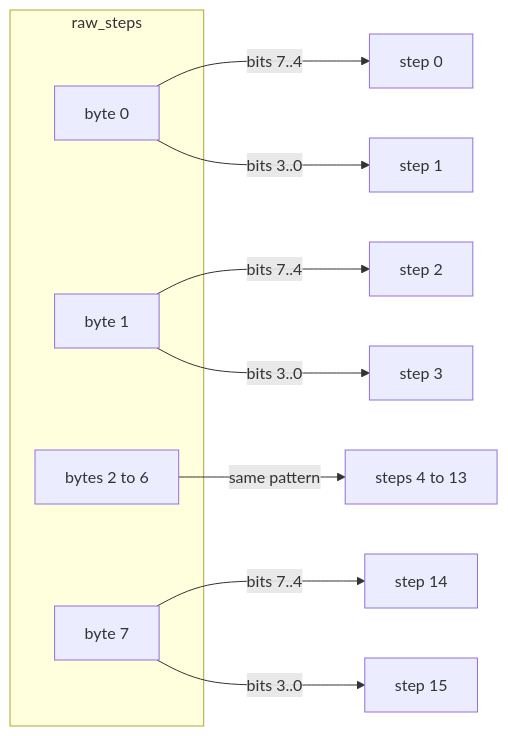
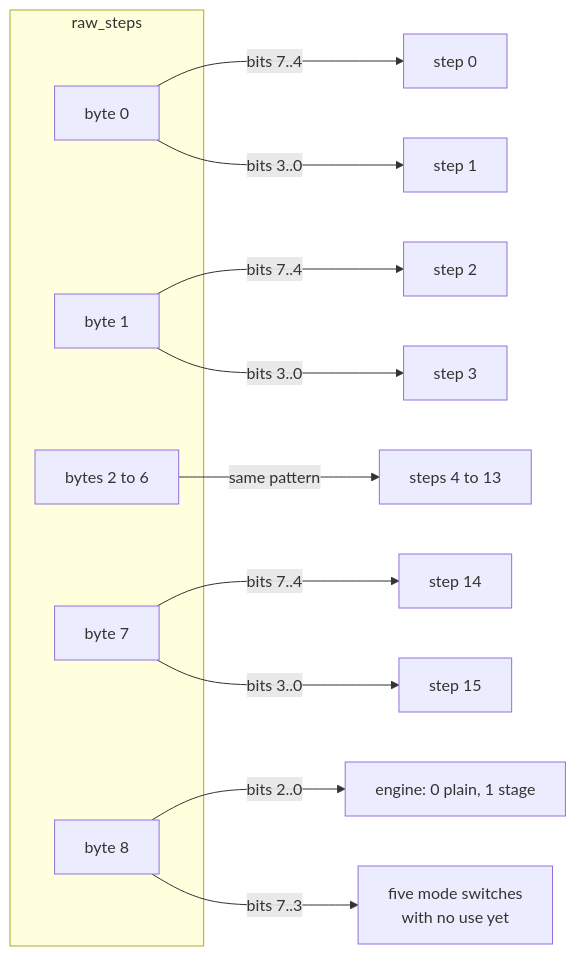
One commit to BonelessPig/nano_sequencer changed diagram 14 of 27 in docs/ARCHITECTURE.md. Above: the diagram before and after it, drawn with Mermaid. The commit also changed other lines of this file and 35 other files, not shown here.

First line of the commit message:
Phase 7, first piece: mode switches, a choice of engine, and the stage engine

````diff
--- a/docs/ARCHITECTURE.md
+++ b/docs/ARCHITECTURE.md
@@ -590,16 +638,19 @@
 ```mermaid
 flowchart LR
     subgraph raw["raw_steps"]
         b0["byte 0"]
         b1["byte 1"]
         bn["bytes 2 to 6"]
         b7["byte 7"]
+        b8["byte 8"]
     end
     b0 -->|"bits 7..4"| s0["step 0"]
     b0 -->|"bits 3..0"| s1["step 1"]
     b1 -->|"bits 7..4"| s2["step 2"]
     b1 -->|"bits 3..0"| s3["step 3"]
     bn -->|"same pattern"| sn["steps 4 to 13"]
     b7 -->|"bits 7..4"| s14["step 14"]
     b7 -->|"bits 3..0"| s15["step 15"]
+    b8 -->|"bits 2..0"| eng["engine: 0 plain, 1 stage"]
+    b8 -->|"bits 7..3"| spare["five mode switches<br/>with no use yet"]
 ```
````
